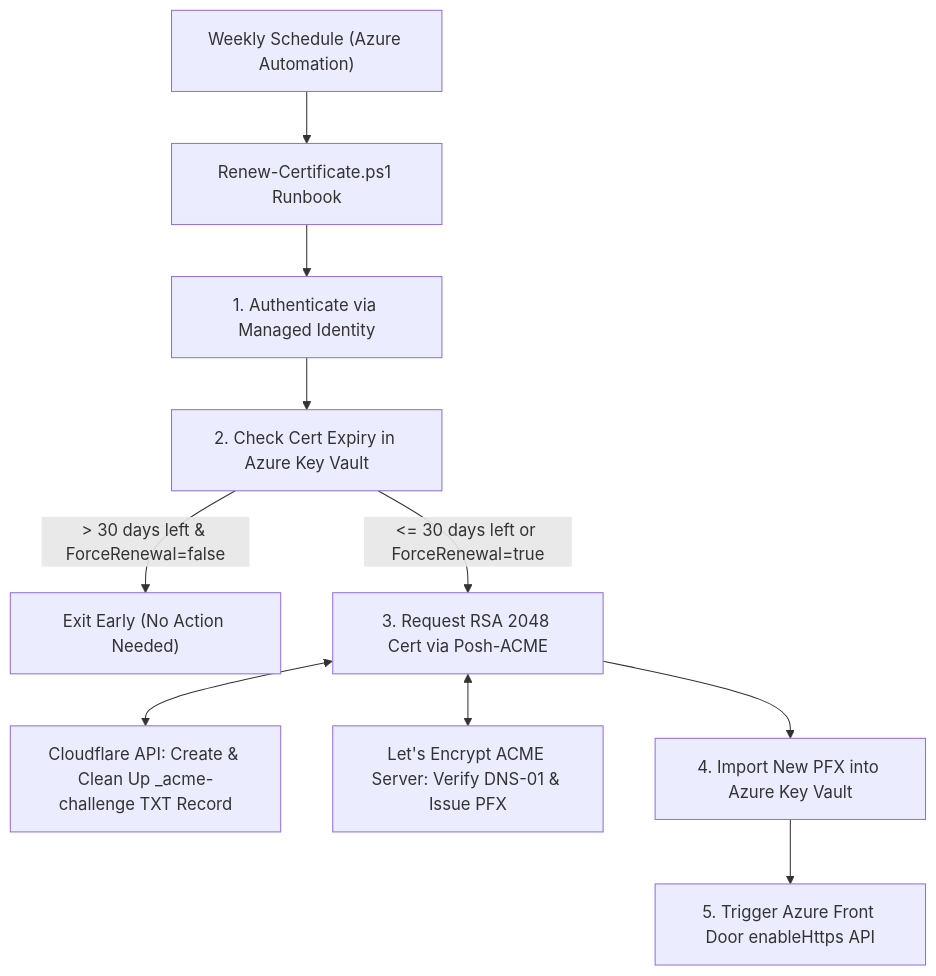
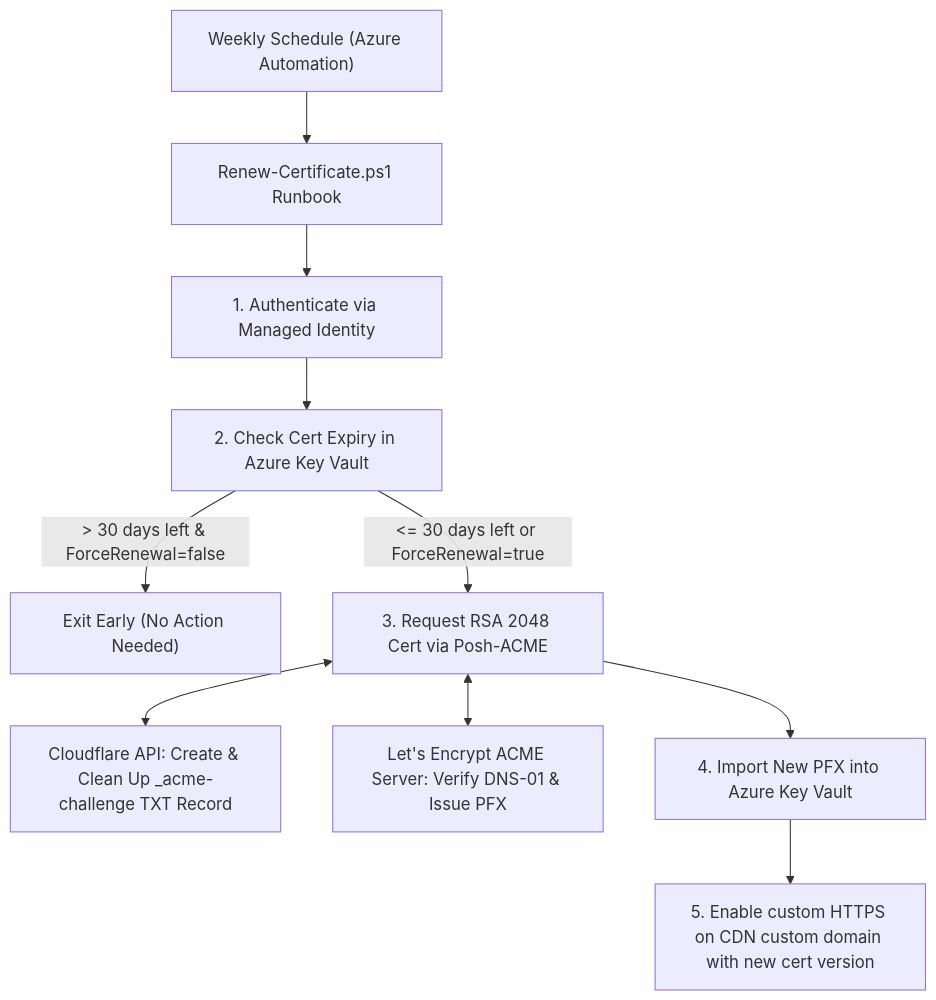
Before and after one commit to sebassem/myBlog: the diagram in scripts/README.md, drawn with Mermaid. The commit also changed other lines of this file and 4 other files, not shown here.

````diff
--- a/scripts/README.md
+++ b/scripts/README.md
@@ -11,12 +11,12 @@
 ```mermaid
 flowchart TD
     Sched["Weekly Schedule (Azure Automation)"] --> Runbook["Renew-Certificate.ps1 Runbook"]
     Runbook --> Auth["1. Authenticate via Managed Identity"]
     Auth --> CheckKV["2. Check Cert Expiry in Azure Key Vault"]
     CheckKV -- "> 30 days left & ForceRenewal=false" --> Skip["Exit Early (No Action Needed)"]
     CheckKV -- "<= 30 days left or ForceRenewal=true" --> ACME["3. Request RSA 2048 Cert via Posh-ACME"]
     ACME <--> CF["Cloudflare API: Create & Clean Up _acme-challenge TXT Record"]
     ACME <--> LE["Let's Encrypt ACME Server: Verify DNS-01 & Issue PFX"]
     ACME --> ImportKV["4. Import New PFX into Azure Key Vault"]
-    ImportKV --> UpdateFD["5. Trigger Azure Front Door enableHttps API"]
+    ImportKV --> UpdateFD["5. Enable custom HTTPS on CDN custom domain with new cert version"]
 ```
````
